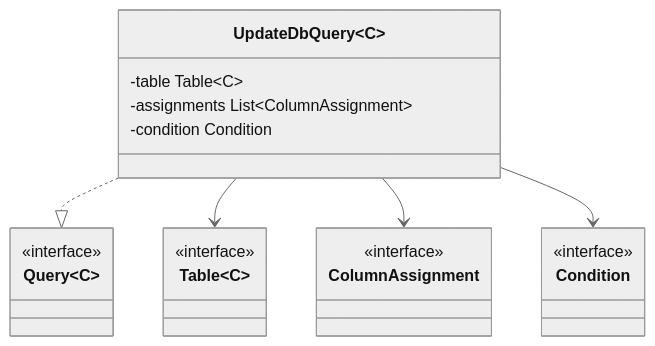
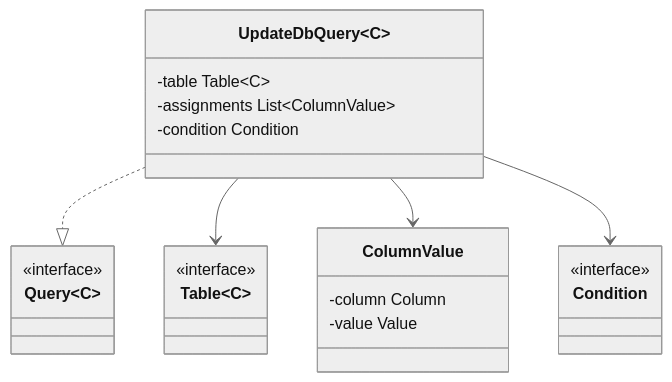
The ninth of 10 diagrams in docs/domain.md (safarislava/QueryBricks), drawn with Mermaid (neutral theme) before and after one commit. The commit also changed other lines of this file, not shown here.

````diff
--- a/docs/domain.md
+++ b/docs/domain.md
@@ -253,28 +264,29 @@
 ```mermaid
 classDiagram
     class Table~C~ {
         <<interface>>
     }
 
     class Query~C~ {
         <<interface>>
     }
 
     class Condition {
         <<interface>>
     }
 
-    class ColumnAssignment {
-        <<interface>>
+    class ColumnValue {
+        -column Column
+        -value Value
     }
 
     class UpdateDbQuery~C~ {
         -table Table~C~
-        -assignments List~ColumnAssignment~
+        -assignments List~ColumnValue~
         -condition Condition
     }
     UpdateDbQuery ..|> Query
     UpdateDbQuery --> Table
-    UpdateDbQuery --> ColumnAssignment
+    UpdateDbQuery --> ColumnValue
     UpdateDbQuery --> Condition
 ```
````
